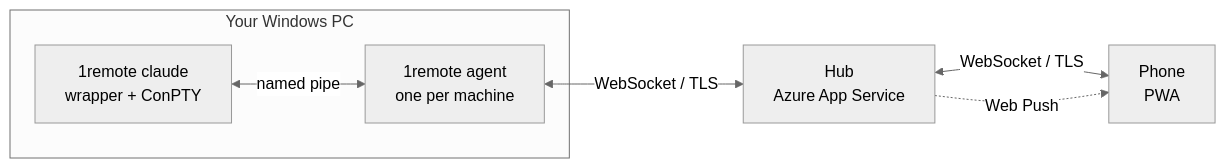
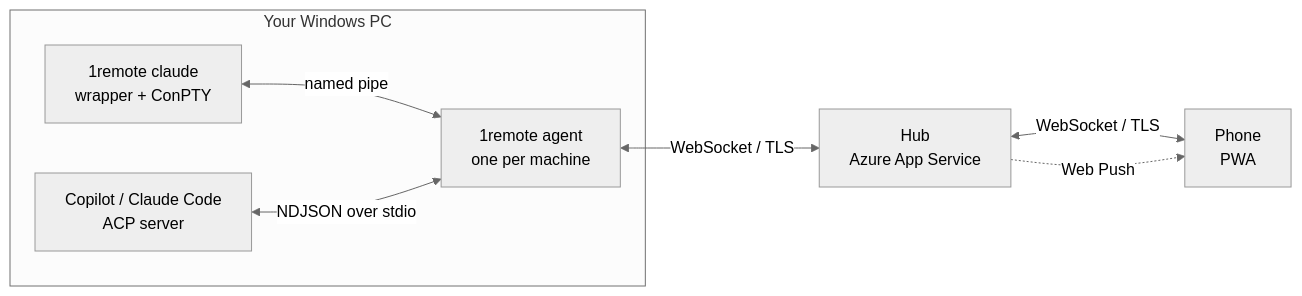
The diagram in README.md (eranyariv/1RemoteCLI), drawn with Mermaid (neutral theme) before and after one commit. The commit also changed other lines of this file and 31 other files, not shown here.

````diff
--- a/README.md
+++ b/README.md
@@ -45,9 +45,10 @@
 ```mermaid
 flowchart LR
     subgraph pc["Your Windows PC"]
         w["1remote claude<br/>wrapper + ConPTY"] <-->|named pipe| a["1remote agent<br/>one per machine"]
+        c["Copilot / Claude Code<br/>ACP server"] <-->|NDJSON over stdio| a
     end
     a <-->|"WebSocket / TLS"| h["Hub<br/>Azure App Service"]
     h <-->|"WebSocket / TLS"| p["Phone<br/>PWA"]
     h -.->|"Web Push"| p
 ```
````
